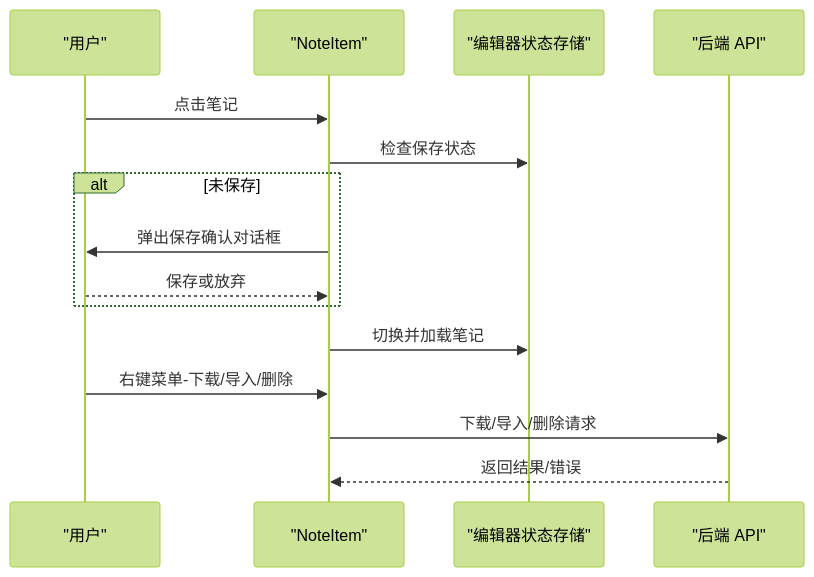
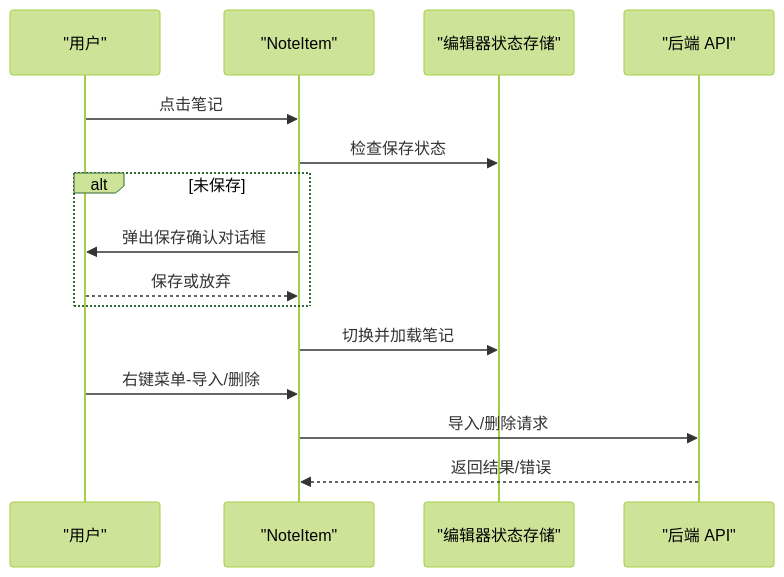
The fifth of 7 diagrams in .qoder/repowiki/zh/content/文件管理系统/文件管理系统.md (BlackBoxRecorder/uninote), drawn with Mermaid (forest theme) before and after one commit. The commit also changed other lines of this file and 7 other files, not shown here.

````diff
--- a/.qoder/repowiki/zh/content/文件管理系统/文件管理系统.md
+++ b/.qoder/repowiki/zh/content/文件管理系统/文件管理系统.md
@@ -248,17 +254,17 @@
 ```mermaid
 sequenceDiagram
 participant U as "用户"
 participant NI as "NoteItem"
 participant ES as "编辑器状态存储"
 participant API as "后端 API"
 U->>NI : 点击笔记
 NI->>ES : 检查保存状态
 alt 未保存
 NI->>U : 弹出保存确认对话框
 U-->>NI : 保存或放弃
 end
 NI->>ES : 切换并加载笔记
-U->>NI : 右键菜单-下载/导入/删除
-NI->>API : 下载/导入/删除请求
+U->>NI : 右键菜单-导入/删除
+NI->>API : 导入/删除请求
 API-->>NI : 返回结果/错误
 ```
````
